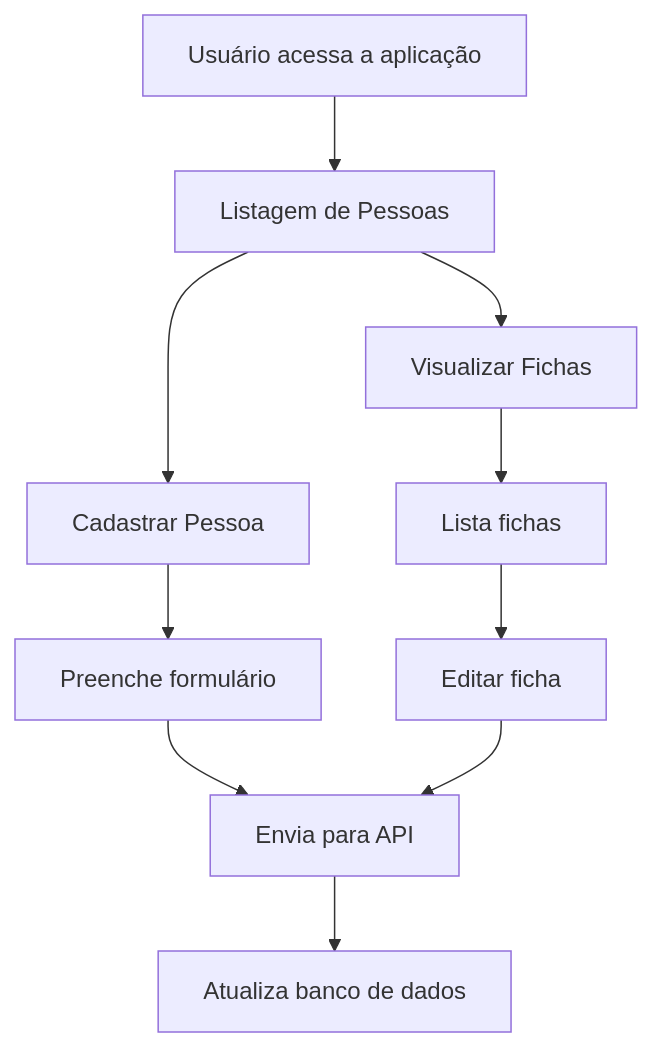
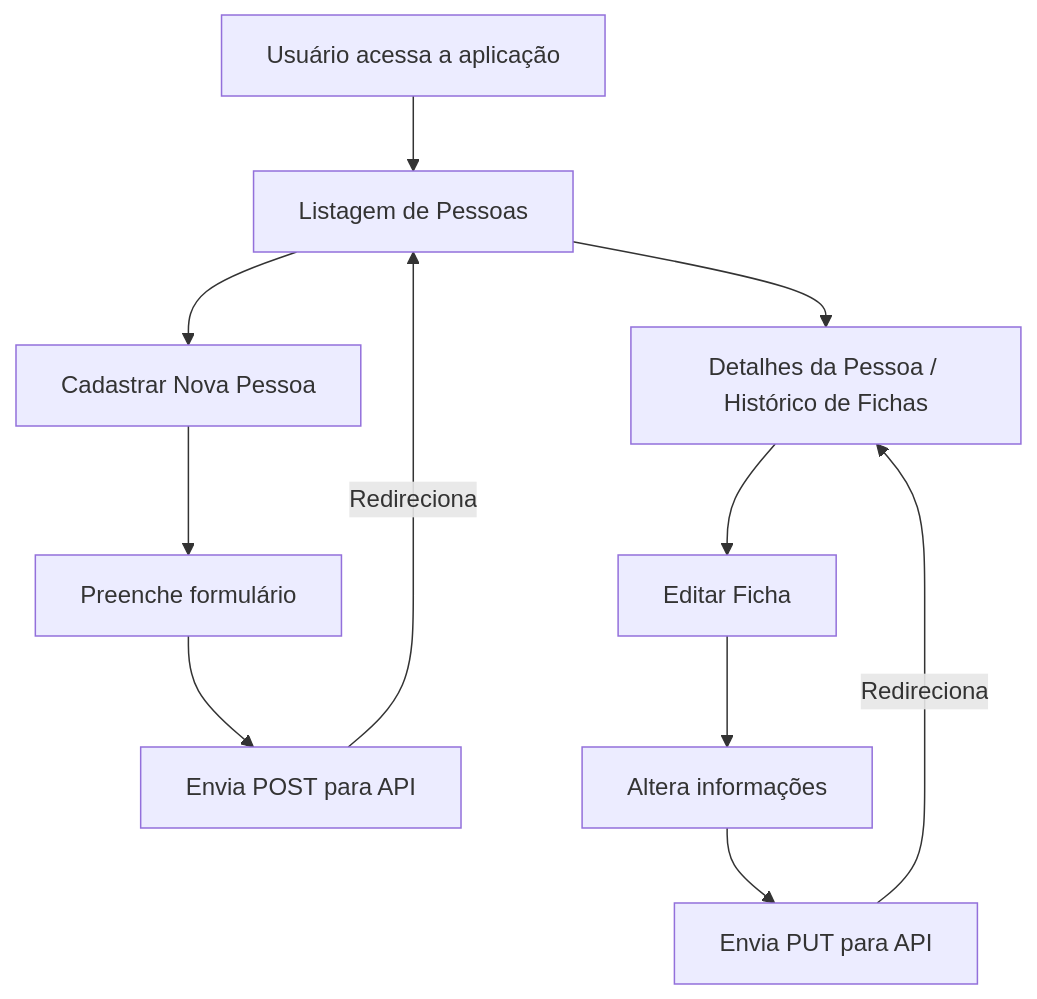
The diagram in README.md (emanueldalpozzo/IMOB), drawn with Mermaid before and after one commit.

Commit message:
Revise flowchart for user actions and API updates
Updated flowchart in README to reflect new user actions and API interactions.

````diff
--- a/README.md
+++ b/README.md
@@ -63,17 +63,16 @@
 ```mermaid
 flowchart TD
     A[Usuário acessa a aplicação] --> B[Listagem de Pessoas]
 
-    B --> C[Cadastrar Pessoa]
-    B --> F[Visualizar Fichas]
+    B --> C[Cadastrar Nova Pessoa]
+    B --> D[Detalhes da Pessoa / Histórico de Fichas]
 
-    C --> G[Preenche formulário]
-    G --> H[Envia para API]
-    H --> I[Atualiza banco de dados]
-    
-    
+    C --> E[Preenche formulário]
+    E --> F[Envia POST para API]
+    F -->|Redireciona| B
 
-    F --> L[Lista fichas]
-    L --> M[Editar ficha]
-    M --> H
+    D --> J[Editar Ficha]
+    J --> K[Altera informações]
+    K --> L[Envia PUT para API]
+    L -->|Redireciona| D
 ```
````
